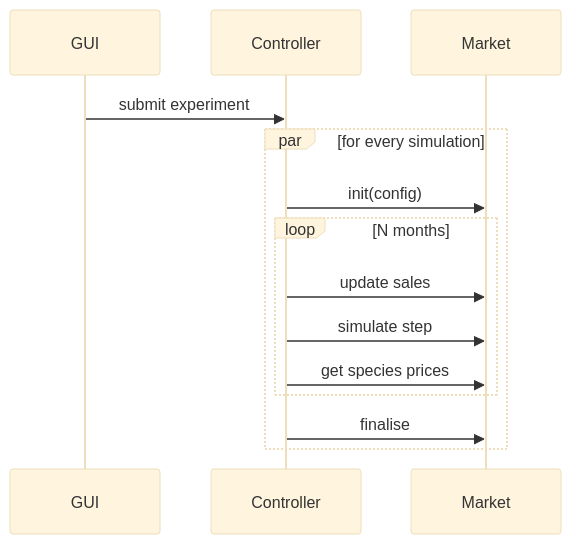
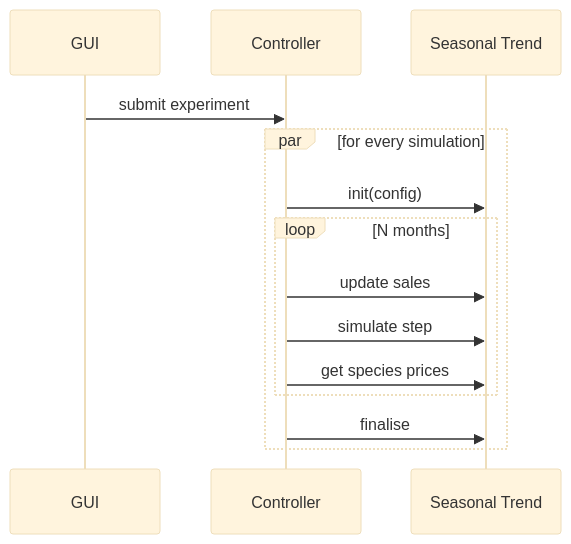
One commit to SURIMI-Project/SURIMI-project changed the first of 2 diagrams in deliverables/D3.1 - System dynamics model/D3.1 - System dynamics model.md. Above: the diagram before and after it, drawn with Mermaid (base theme). The commit also changed other lines of this file, not shown here.

Commit message:
D3.1: Describe more about the flowchart and the multi-model framework. Change Market to Seasonal Trend.

````diff
--- a/deliverables/D3.1 - System dynamics model/D3.1 - System dynamics model.md
+++ b/deliverables/D3.1 - System dynamics model/D3.1 - System dynamics model.md
@@ -44,20 +45,20 @@
 ```mermaid
 sequenceDiagram
     participant GUI
     participant Controller
-    participant Market
+    participant Seasonal Trend
 
     GUI ->> Controller : submit experiment
 
     par for every simulation
-        Controller ->> Market : init(config)
+        Controller ->> Seasonal Trend : init(config)
 
         loop N months
-            Controller ->> Market : update sales
-            Controller ->> Market : simulate step
-            Controller ->> Market : get species prices
+            Controller ->> Seasonal Trend : update sales
+            Controller ->> Seasonal Trend : simulate step
+            Controller ->> Seasonal Trend : get species prices
         end
 
-        Controller ->> Market : finalise
+        Controller ->> Seasonal Trend : finalise
     end
 ```
````
